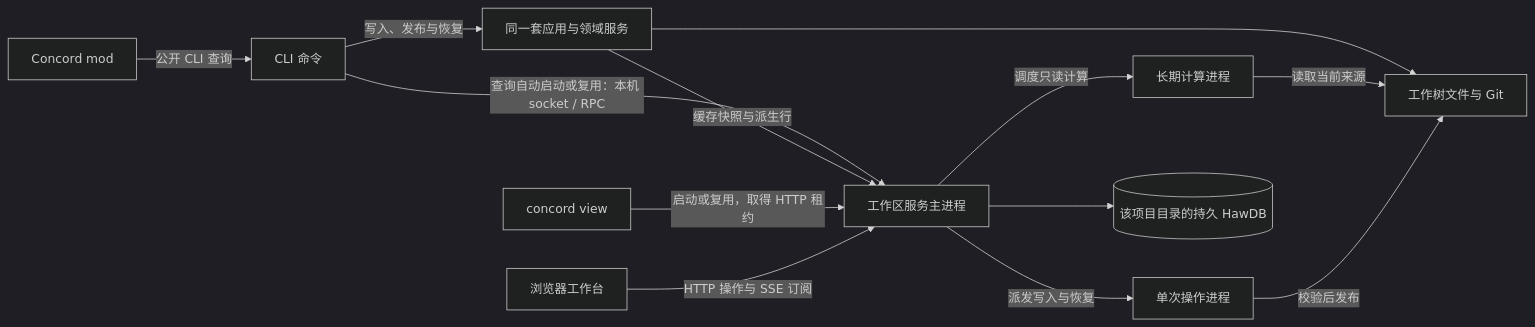
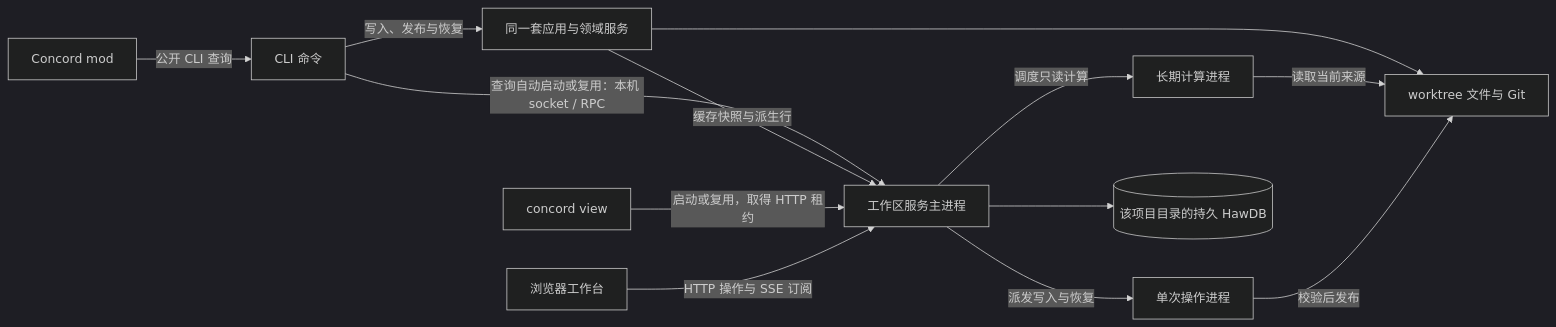
Before and after one commit to CorrectRoadH/Concord: the first of 2 diagrams in docs/architecture.md, drawn with Mermaid (dark theme). The commit also changed other lines of this file and 49 other files, not shown here.

````diff
--- a/docs/architecture.md
+++ b/docs/architecture.md
@@ -19,15 +19,15 @@
 ```mermaid
 flowchart LR
   CLI[CLI 命令] -->|写入、发布与恢复| Local[同一套应用与领域服务]
   CLI -->|查询自动启动或复用：本机 socket / RPC| Server[工作区服务主进程]
   Local -->|缓存快照与派生行| Server
   Herdr[Concord mod] -->|公开 CLI 查询| CLI
   View[concord view] -->|启动或复用，取得 HTTP 租约| Server
   Browser[浏览器工作台] -->|HTTP 操作与 SSE 订阅| Server
   Server -->|调度只读计算| Compute[长期计算进程]
   Server -->|派发写入与恢复| Operation[单次操作进程]
   Server --> Cache[(该项目目录的持久 HawDB)]
-  Local --> Sources[工作树文件与 Git]
+  Local --> Sources[worktree 文件与 Git]
   Compute -->|读取当前来源| Sources
   Operation -->|校验后发布| Sources
 ```
````
